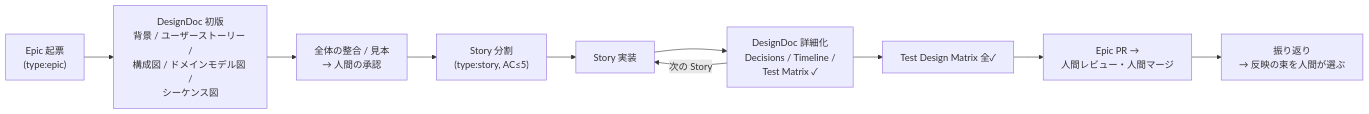
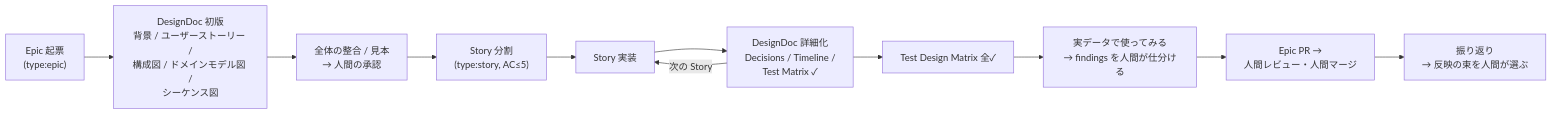
One commit to etoyama/repo-template changed the second of 2 diagrams in docs/WORKFLOW.md. Above: the diagram before and after it, drawn with Mermaid. The commit also changed other lines of this file and 6 other files, not shown here.

````diff
--- a/docs/WORKFLOW.md
+++ b/docs/WORKFLOW.md
@@ -68,12 +68,13 @@
 ```mermaid
 flowchart LR
     A["Epic 起票<br/>(type:epic)"] --> B["DesignDoc 初版<br/>背景 / ユーザーストーリー /<br/>構成図 / ドメインモデル図 /<br/>シーケンス図"]
     B --> B2["全体の整合 / 見本<br/>→ 人間の承認"]
     B2 --> C["Story 分割<br/>(type:story, AC≤5)"]
     C --> D["Story 実装"]
     D --> E["DesignDoc 詳細化<br/>Decisions / Timeline /<br/>Test Matrix ✓"]
     E -->|次の Story| D
     E --> F["Test Design Matrix 全✓"]
-    F --> G["Epic PR →<br/>人間レビュー・人間マージ"]
+    F --> T["実データで使ってみる<br/>→ findings を人間が仕分ける"]
+    T --> G["Epic PR →<br/>人間レビュー・人間マージ"]
     G --> H["振り返り<br/>→ 反映の束を人間が選ぶ"]
 ```
````
